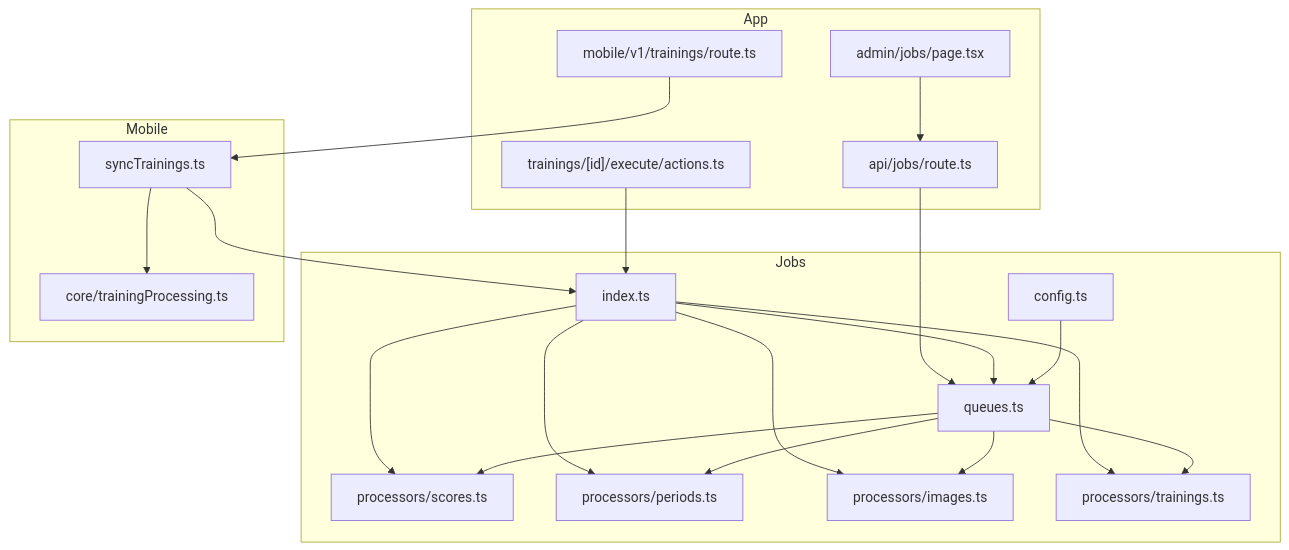
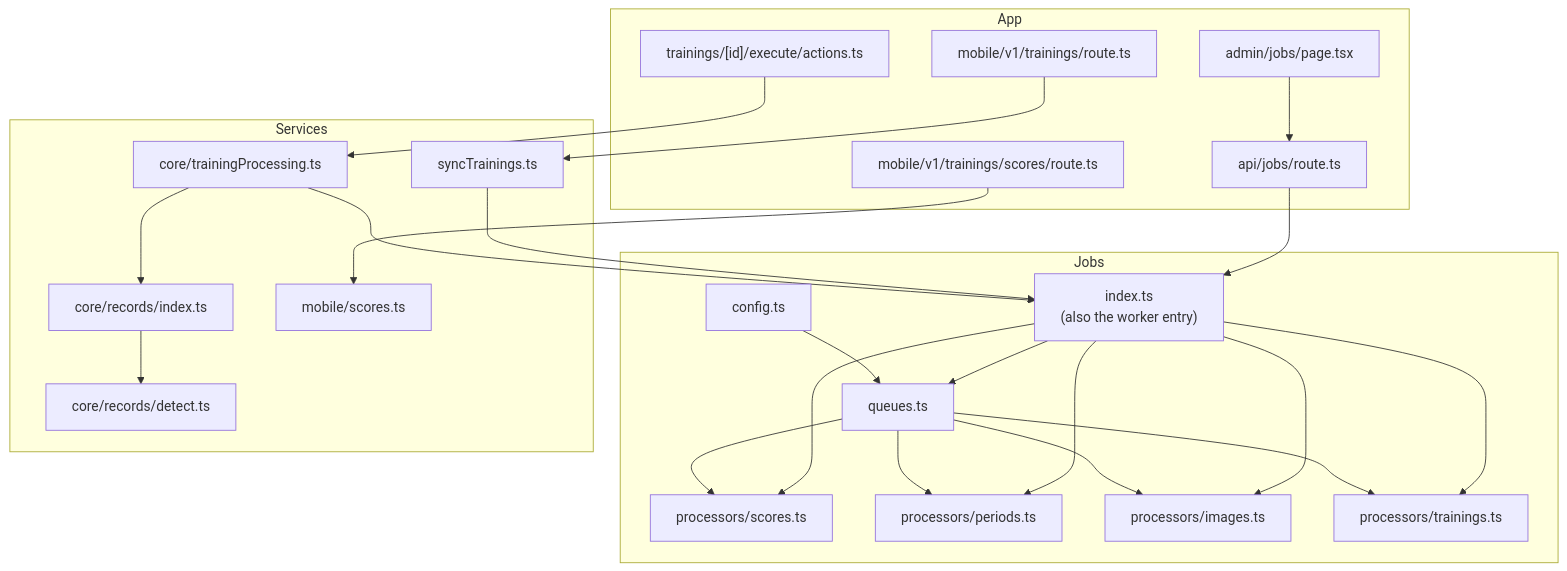
One commit to Dezzpil/meingym changed the first of 9 diagrams in .qoder/repowiki/en/content/Background Job System.md. Above: the diagram before and after it, drawn with Mermaid. The commit also changed other lines of this file and 12 other files, not shown here.

````diff
--- a/.qoder/repowiki/en/content/Background Job System.md
+++ b/.qoder/repowiki/en/content/Background Job System.md
@@ -57,38 +78,45 @@
 ```mermaid
 graph TB
 subgraph "Jobs"
 A["config.ts"]
 B["queues.ts"]
-C["index.ts"]
+C["index.ts<br/>(also the worker entry)"]
 D["processors/scores.ts"]
 E["processors/periods.ts"]
 F["processors/images.ts"]
 G["processors/trainings.ts"]
 end
 subgraph "App"
 H["api/jobs/route.ts"]
 I["admin/jobs/page.tsx"]
 J["trainings/[id]/execute/actions.ts"]
 K["mobile/v1/trainings/route.ts"]
+KS["mobile/v1/trainings/scores/route.ts"]
 end
-subgraph "Mobile"
+subgraph "Services"
 L["syncTrainings.ts"]
 M["core/trainingProcessing.ts"]
+R["core/records/index.ts"]
+RD["core/records/detect.ts"]
+MS["mobile/scores.ts"]
 end
 A --> B
 B --> D
 B --> E
 B --> F
 B --> G
 C --> B
 C --> D
 C --> E
 C --> F
 C --> G
-J --> C
+J --> M
+M --> C
+M --> R
+R --> RD
 K --> L
 L --> C
-L --> M
-H --> B
+H --> C
 I --> H
+KS --> MS
 ```
````
